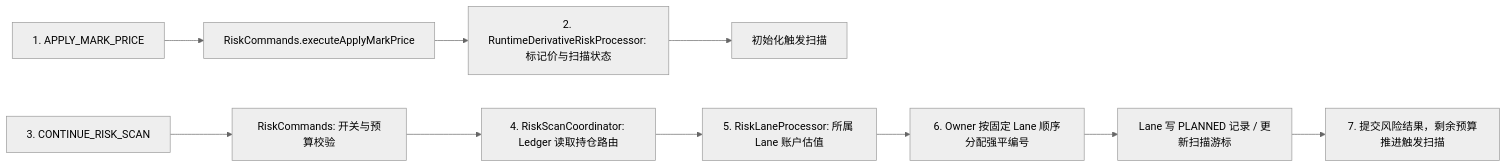
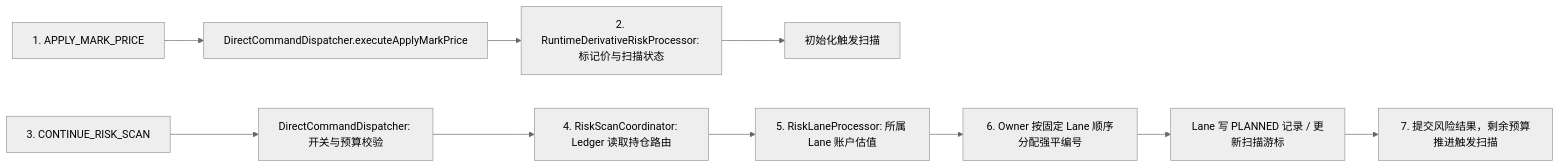
Before and after one commit to lilaizhencn/surprising-ex: the eighth of 12 diagrams in surprising-aeron-core/README.md, drawn with Mermaid (neutral theme). The commit also changed other lines of this file and 151 other files, not shown here.

````diff
--- a/surprising-aeron-core/README.md
+++ b/surprising-aeron-core/README.md
@@ -287,12 +292,12 @@
 ```mermaid
 flowchart LR
-    P[1. APPLY_MARK_PRICE] --> R[RiskCommands.executeApplyMarkPrice]
+    P[1. APPLY_MARK_PRICE] --> R[DirectCommandDispatcher.executeApplyMarkPrice]
     R --> M[2. RuntimeDerivativeRiskProcessor: 标记价与扫描状态]
     M --> T[初始化触发扫描]
-    C[3. CONTINUE_RISK_SCAN] --> B[RiskCommands: 开关与预算校验]
+    C[3. CONTINUE_RISK_SCAN] --> B[DirectCommandDispatcher: 开关与预算校验]
     B --> L[4. RiskScanCoordinator: Ledger 读取持仓路由]
     L --> A[5. RiskLaneProcessor: 所属 Lane 账户估值]
     A --> ID[6. Owner 按固定 Lane 顺序分配强平编号]
     ID --> W[Lane 写 PLANNED 记录 / 更新扫描游标]
     W --> K[7. 提交风险结果，剩余预算推进触发扫描]
 ```
````
